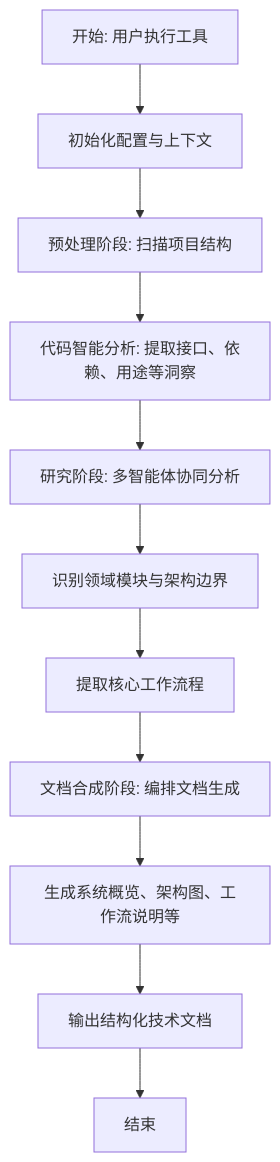
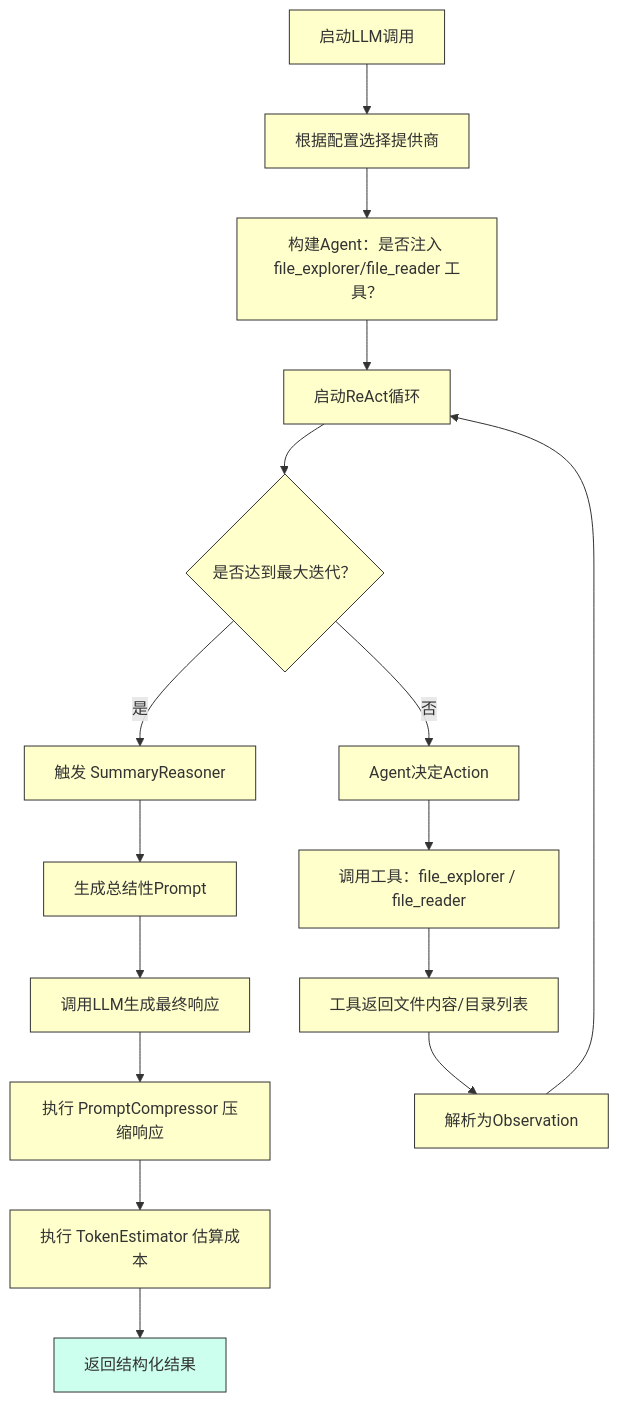
Before and after one commit to BigtoC/deepwiki-rs: the fifth of 6 diagrams in docs/2、架构概览.md, drawn with Mermaid. The commit also changed other lines of this file and 13 other files, not shown here.

````diff
--- a/docs/2、架构概览.md
+++ b/docs/2、架构概览.md
@@ -343,13 +408,34 @@
 ```mermaid
 graph TD
-    A[开始: 用户执行工具] --> B[初始化配置与上下文]
-    B --> C[预处理阶段: 扫描项目结构]
-    C --> D[代码智能分析: 提取接口、依赖、用途等洞察]
-    D --> E[研究阶段: 多智能体协同分析]
-    E --> F[识别领域模块与架构边界]
-    F --> G[提取核心工作流程]
-    G --> H[文档合成阶段: 编排文档生成]
-    H --> I[生成系统概览、架构图、工作流说明等]
-    I --> J[输出结构化技术文档]
-    J --> K[结束]
+    A[启动LLM调用] --> B[根据配置选择提供商]
+    B --> C[构建Agent：是否注入 file_explorer/file_reader 工具？]
+    C --> D[启动ReAct循环]
+    D --> E{是否达到最大迭代？}
+    E -- 是 --> F[触发 SummaryReasoner]
+    F --> G[生成总结性Prompt]
+    G --> H[调用LLM生成最终响应]
+    E -- 否 --> I[Agent决定Action]
+    I --> J[调用工具：file_explorer / file_reader]
+    J --> K[工具返回文件内容/目录列表]
+    K --> L[解析为Observation]
+    L --> D
+    H --> M[执行 PromptCompressor 压缩响应]
+    M --> N[执行 TokenEstimator 估算成本]
+    N --> O[返回结构化结果]
+
+    style A fill:#ffc,stroke:#333
+    style B fill:#ffc,stroke:#333
+    style C fill:#ffc,stroke:#333
+    style D fill:#ffc,stroke:#333
+    style E fill:#ffc,stroke:#333
+    style F fill:#ffc,stroke:#333
+    style G fill:#ffc,stroke:#333
+    style H fill:#ffc,stroke:#333
+    style I fill:#ffc,stroke:#333
+    style J fill:#ffc,stroke:#333
+    style K fill:#ffc,stroke:#333
+    style L fill:#ffc,stroke:#333
+    style M fill:#ffc,stroke:#333
+    style N fill:#ffc,stroke:#333
+    style O fill:#cfe,stroke:#333
 ```
````
